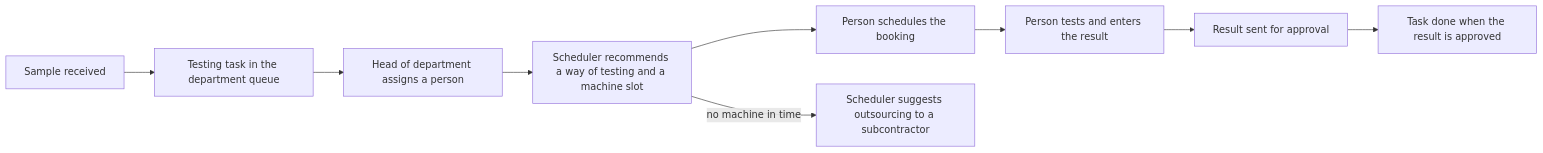
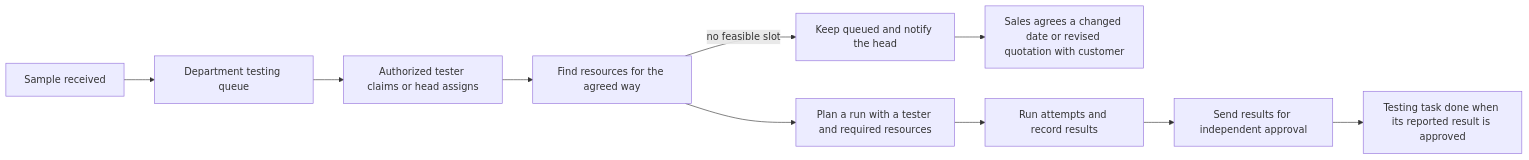
The sixth of 9 diagrams in docs/functional/laboratory_module/overview.md (SoltuneMontepre/medilab), drawn with Mermaid before and after one commit. The commit also changed other lines of this file and 30 other files, not shown here.

````diff
--- a/docs/functional/laboratory_module/overview.md
+++ b/docs/functional/laboratory_module/overview.md
@@ -196,11 +209,12 @@
 ```mermaid
 flowchart LR
-    received[Sample received] --> queue[Testing task in the department queue]
-    queue --> assign[Head of department assigns a person]
-    assign --> recommend[Scheduler recommends a way of testing and a machine slot]
-    recommend --> book[Person schedules the booking]
-    recommend -->|no machine in time| outsource[Scheduler suggests outsourcing to a subcontractor]
-    book --> test[Person tests and enters the result]
-    test --> approve[Result sent for approval]
-    approve --> done[Task done when the result is approved]
+    received[Sample received] --> queue[Department testing queue]
+    queue --> assign[Authorized tester claims or head assigns]
+    assign --> recommend[Find resources for the agreed way]
+    recommend --> book[Plan a run with a tester and required resources]
+    recommend -->|no feasible slot| risk[Keep queued and notify the head]
+    risk --> sales[Sales agrees a changed date or revised quotation with customer]
+    book --> test[Run attempts and record results]
+    test --> approve[Send results for independent approval]
+    approve --> done[Testing task done when its reported result is approved]
 ```
````
